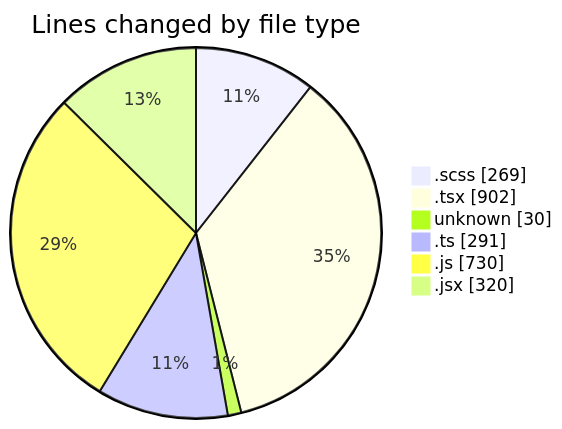
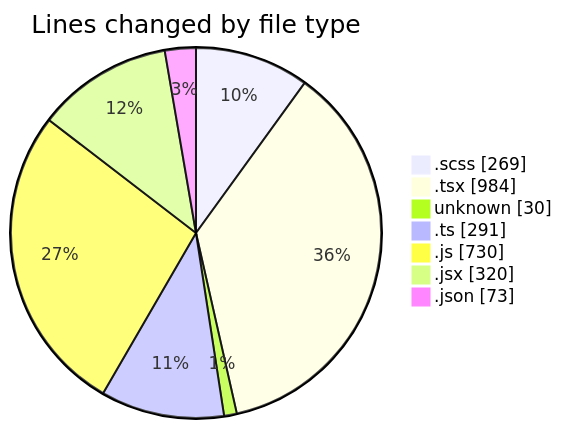
Before and after one commit to momahboobian/code-tracking: the first of 2 diagrams in 2025-03-05/cda/README.md, drawn with Mermaid. The commit also changed other lines of this file and 1 other file, not shown here.

````diff
--- a/2025-03-05/cda/README.md
+++ b/2025-03-05/cda/README.md
@@ -41,10 +43,11 @@
 ```mermaid
 pie showData
 title Lines changed by file type
 ".scss" : 269
-".tsx" : 902
+".tsx" : 984
 "unknown" : 30
 ".ts" : 291
 ".js" : 730
 ".jsx" : 320
+".json" : 73
 ```
````
